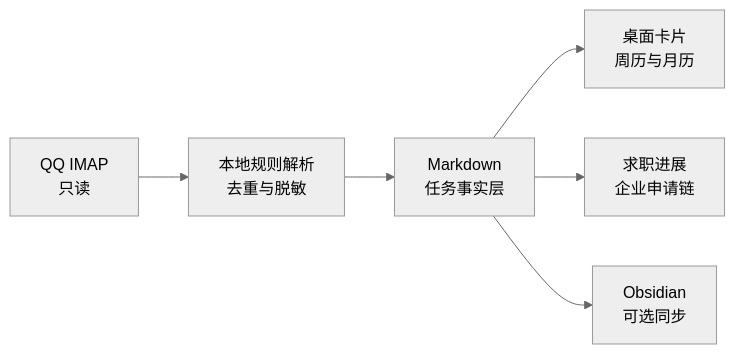
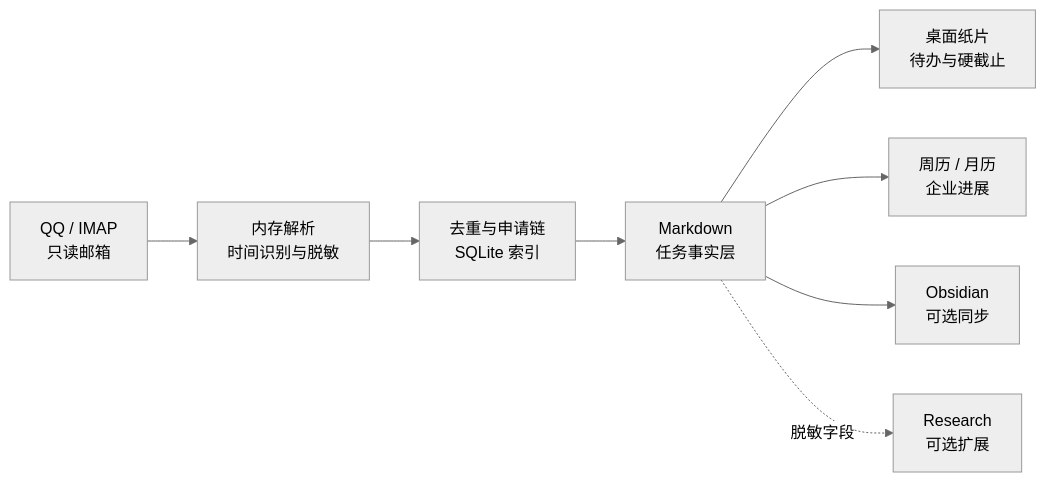
Before and after one commit to Chpeeeeea/job-mail-desk: the diagram in README.md, drawn with Mermaid (neutral theme). The commit also changed other lines of this file and 11 other files, not shown here.

````diff
--- a/README.md
+++ b/README.md
@@ -62,8 +88,10 @@
 ```mermaid
 flowchart LR
-    A["QQ IMAP<br/>只读"] --> B["本地规则解析<br/>去重与脱敏"]
-    B --> C["Markdown<br/>任务事实层"]
-    C --> D["桌面卡片<br/>周历与月历"]
-    C --> E["求职进展<br/>企业申请链"]
-    C --> F["Obsidian<br/>可选同步"]
+    A["QQ / IMAP<br/>只读邮箱"] --> B["内存解析<br/>时间识别与脱敏"]
+    B --> C["去重与申请链<br/>SQLite 索引"]
+    C --> D["Markdown<br/>任务事实层"]
+    D --> E["桌面纸片<br/>待办与硬截止"]
+    D --> F["周历 / 月历<br/>企业进展"]
+    D --> G["Obsidian<br/>可选同步"]
+    D -. "脱敏字段" .-> H["Research<br/>可选扩展"]
 ```
````
